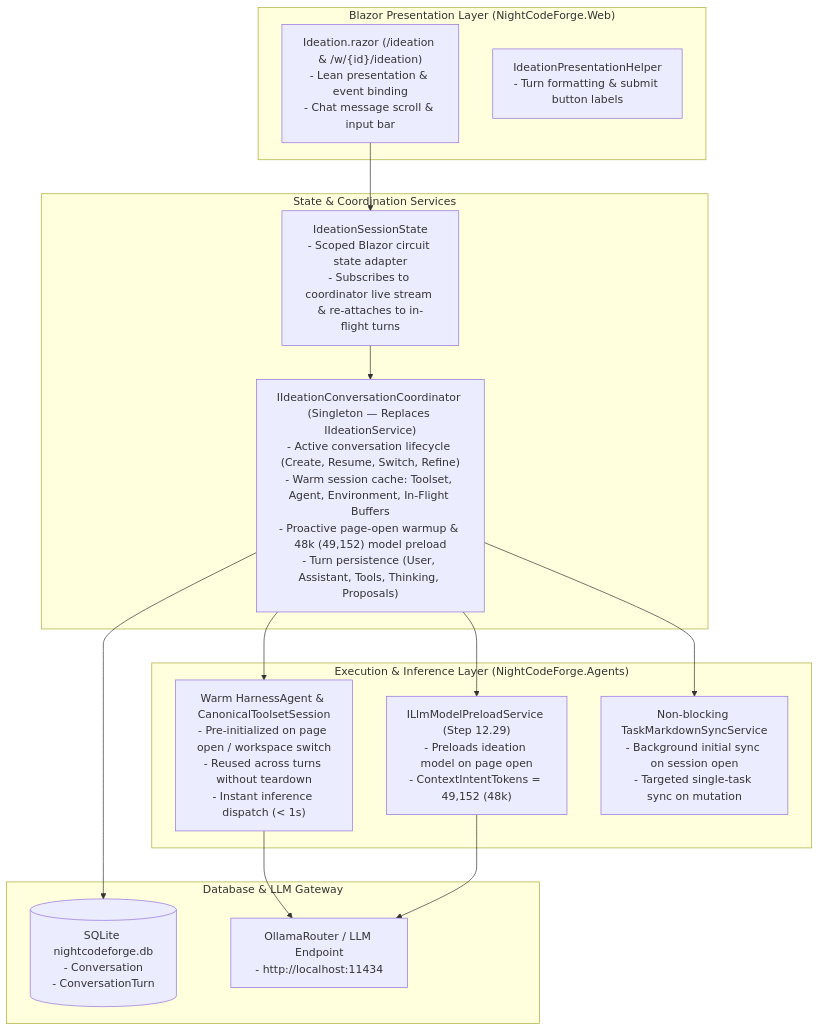
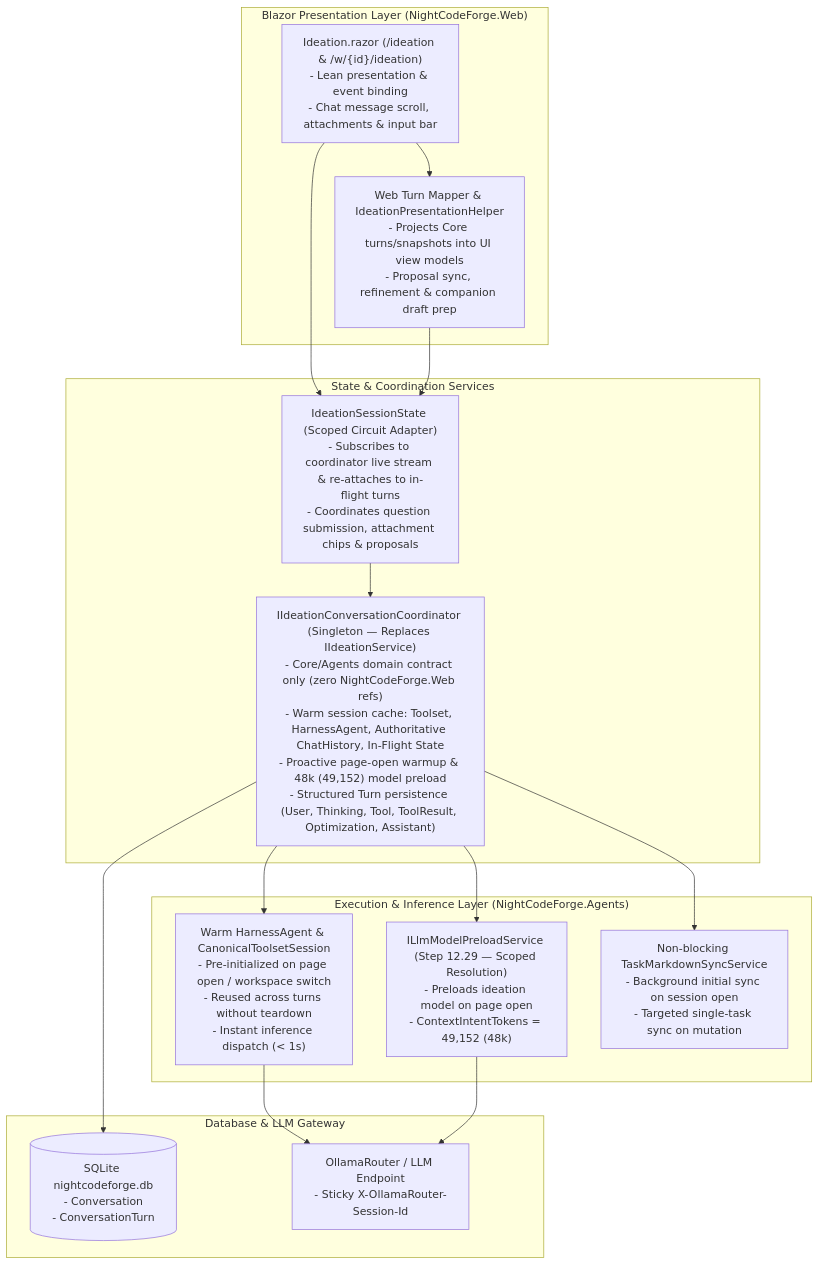
Before and after one commit to jetelain/NightCodeForge: the diagram in docs/features/STEP_12_31_INTERACTIVE_IDEATION_AGENT_COORDINATOR_AND_WARM_EXECUTION_CONTEXT.md, drawn with Mermaid. The commit also changed other lines of this file and 8 other files, not shown here.

````diff
--- a/docs/features/STEP_12_31_INTERACTIVE_IDEATION_AGENT_COORDINATOR_AND_WARM_EXECUTION_CONTEXT.md
+++ b/docs/features/STEP_12_31_INTERACTIVE_IDEATION_AGENT_COORDINATOR_AND_WARM_EXECUTION_CONTEXT.md
@@ -41,32 +40,34 @@
 ```mermaid
 flowchart TD
     subgraph UI ["Blazor Presentation Layer (NightCodeForge.Web)"]
-        Razor["Ideation.razor (/ideation &amp; /w/{id}/ideation)<br/>- Lean presentation &amp; event binding<br/>- Chat message scroll &amp; input bar"]
-        PresHelper["IdeationPresentationHelper<br/>- Turn formatting &amp; submit button labels"]
+        Razor["Ideation.razor (/ideation &amp; /w/{id}/ideation)<br/>- Lean presentation &amp; event binding<br/>- Chat message scroll, attachments &amp; input bar"]
+        PresHelper["Web Turn Mapper &amp; IdeationPresentationHelper<br/>- Projects Core turns/snapshots into UI view models<br/>- Proposal sync, refinement &amp; companion draft prep"]
     end
 
     subgraph ServiceLayer ["State & Coordination Services"]
-        StateService["IdeationSessionState<br/>- Scoped Blazor circuit state adapter<br/>- Subscribes to coordinator live stream &amp; re-attaches to in-flight turns"]
-        Coordinator["IIdeationConversationCoordinator (Singleton — Replaces IIdeationService)<br/>- Active conversation lifecycle (Create, Resume, Switch, Refine)<br/>- Warm session cache: Toolset, Agent, Environment, In-Flight Buffers<br/>- Proactive page-open warmup &amp; 48k (49,152) model preload<br/>- Turn persistence (User, Assistant, Tools, Thinking, Proposals)"]
+        StateService["IdeationSessionState (Scoped Circuit Adapter)<br/>- Subscribes to coordinator live stream &amp; re-attaches to in-flight turns<br/>- Coordinates question submission, attachment chips &amp; proposals"]
+        Coordinator["IIdeationConversationCoordinator (Singleton — Replaces IIdeationService)<br/>- Core/Agents domain contract only (zero NightCodeForge.Web refs)<br/>- Warm session cache: Toolset, HarnessAgent, Authoritative ChatHistory, In-Flight State<br/>- Proactive page-open warmup &amp; 48k (49,152) model preload<br/>- Structured Turn persistence (User, Thinking, Tool, ToolResult, Optimization, Assistant)"]
     end
 
     subgraph AgentsLayer ["Execution & Inference Layer (NightCodeForge.Agents)"]
         Harness["Warm HarnessAgent &amp; CanonicalToolsetSession<br/>- Pre-initialized on page open / workspace switch<br/>- Reused across turns without teardown<br/>- Instant inference dispatch (&lt; 1s)"]
-        Preload["ILlmModelPreloadService (Step 12.29)<br/>- Preloads ideation model on page open<br/>- ContextIntentTokens = 49,152 (48k)"]
+        Preload["ILlmModelPreloadService (Step 12.29 — Scoped Resolution)<br/>- Preloads ideation model on page open<br/>- ContextIntentTokens = 49,152 (48k)"]
         BacklogSync["Non-blocking TaskMarkdownSyncService<br/>- Background initial sync on session open<br/>- Targeted single-task sync on mutation"]
     end
 
     subgraph Storage ["Database & LLM Gateway"]
         DB[(SQLite nightcodeforge.db<br/>- Conversation<br/>- ConversationTurn)]
-        Router[OllamaRouter / LLM Endpoint<br/>- http://localhost:11434]
+        Router[OllamaRouter / LLM Endpoint<br/>- Sticky X-OllamaRouter-Session-Id]
     end
 
     Razor --> StateService
+    Razor --> PresHelper
     StateService --> Coordinator
+    PresHelper --> StateService
     Coordinator --> DB
     Coordinator --> Harness
     Coordinator --> Preload
     Coordinator --> BacklogSync
     Harness --> Router
     Preload --> Router
 ```
````
